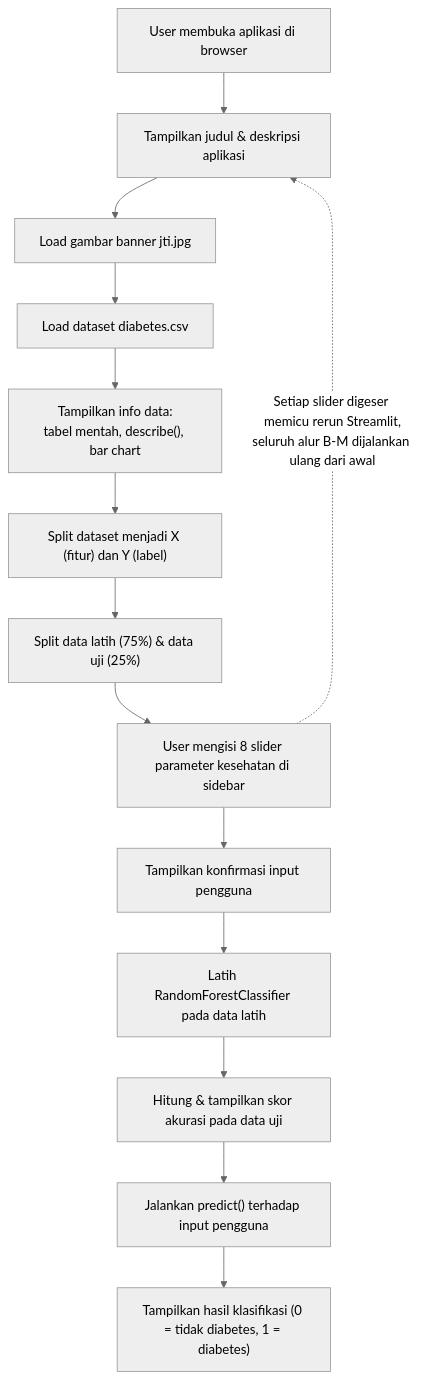
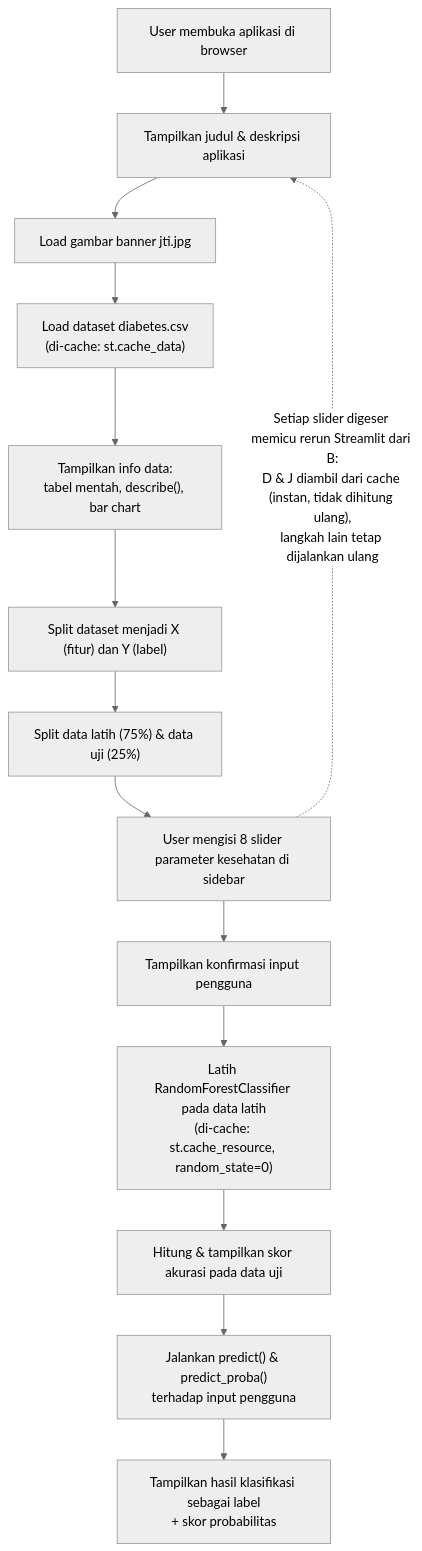
The diagram in docs/FLOWMAP.md (Almasyriqi/Web_Diabetes_Prediction), drawn with Mermaid (neutral theme) before and after one commit. The commit also changed other lines of this file and 3 other files, not shown here.

````diff
--- a/docs/FLOWMAP.md
+++ b/docs/FLOWMAP.md
@@ -7,17 +7,17 @@
 ```mermaid
 flowchart TD
     A[User membuka aplikasi di browser] --> B[Tampilkan judul & deskripsi aplikasi]
     B --> C[Load gambar banner jti.jpg]
-    C --> D[Load dataset diabetes.csv]
+    C --> D["Load dataset diabetes.csv<br/>(di-cache: st.cache_data)"]
     D --> E["Tampilkan info data:<br/>tabel mentah, describe(), bar chart"]
     E --> F["Split dataset menjadi X (fitur) dan Y (label)"]
     F --> G["Split data latih (75%) & data uji (25%)"]
     G --> H[User mengisi 8 slider parameter kesehatan di sidebar]
     H --> I[Tampilkan konfirmasi input pengguna]
-    I --> J[Latih RandomForestClassifier pada data latih]
+    I --> J["Latih RandomForestClassifier pada data latih<br/>(di-cache: st.cache_resource, random_state=0)"]
     J --> K[Hitung & tampilkan skor akurasi pada data uji]
-    K --> L["Jalankan predict() terhadap input pengguna"]
-    L --> M["Tampilkan hasil klasifikasi (0 = tidak diabetes, 1 = diabetes)"]
+    K --> L["Jalankan predict() & predict_proba()<br/>terhadap input pengguna"]
+    L --> M["Tampilkan hasil klasifikasi sebagai label<br/>+ skor probabilitas"]
 
-    H -. "Setiap slider digeser memicu rerun Streamlit,<br/>seluruh alur B-M dijalankan ulang dari awal" .-> B
+    H -. "Setiap slider digeser memicu rerun Streamlit dari B:<br/>D & J diambil dari cache (instan, tidak dihitung ulang),<br/>langkah lain tetap dijalankan ulang" .-> B
 ```
````
